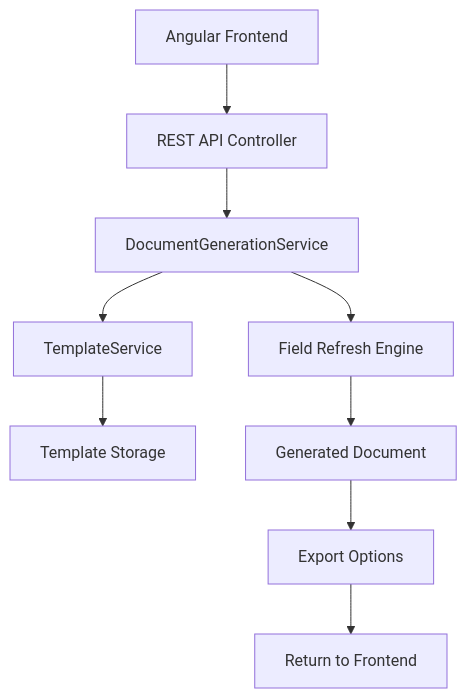
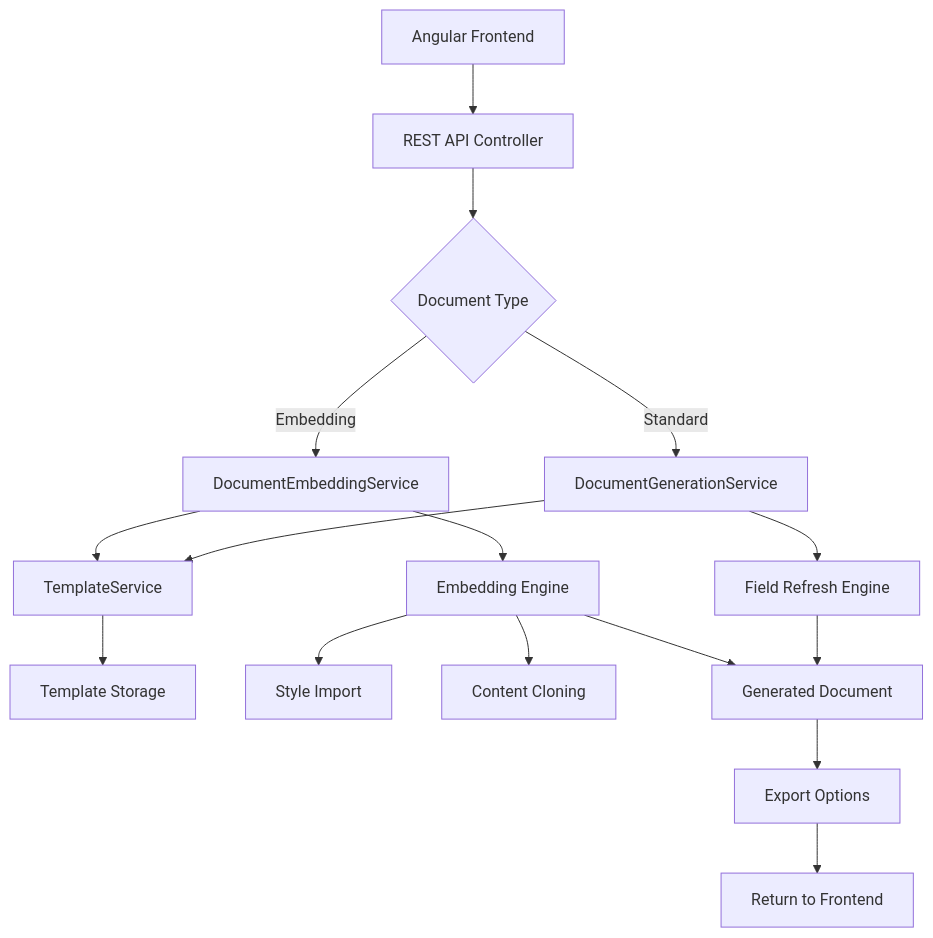
Before and after one commit to SalehShalab87/DocumentAutomationDemo1: the diagram in WORKFLOW.md, drawn with Mermaid. The commit also changed other lines of this file and 8 other files, not shown here.

````diff
--- a/WORKFLOW.md
+++ b/WORKFLOW.md
@@ -11,11 +11,18 @@
 ```mermaid
 graph TD
     A[Angular Frontend] --> B[REST API Controller]
-    B --> C[DocumentGenerationService]
-    C --> D[TemplateService]
-    D --> E[Template Storage]
-    C --> F[Field Refresh Engine]
-    F --> G[Generated Document]
-    G --> H[Export Options]
-    H --> I[Return to Frontend]
+    B --> C{Document Type}
+    C -->|Standard| D[DocumentGenerationService]
+    C -->|Embedding| E[DocumentEmbeddingService]
+    D --> F[TemplateService]
+    E --> F[TemplateService]
+    F --> G[Template Storage]
+    D --> H[Field Refresh Engine]
+    E --> I[Embedding Engine]
+    I --> J[Style Import]
+    I --> K[Content Cloning]
+    H --> L[Generated Document]
+    I --> L[Generated Document]
+    L --> M[Export Options]
+    M --> N[Return to Frontend]
 ```
````
